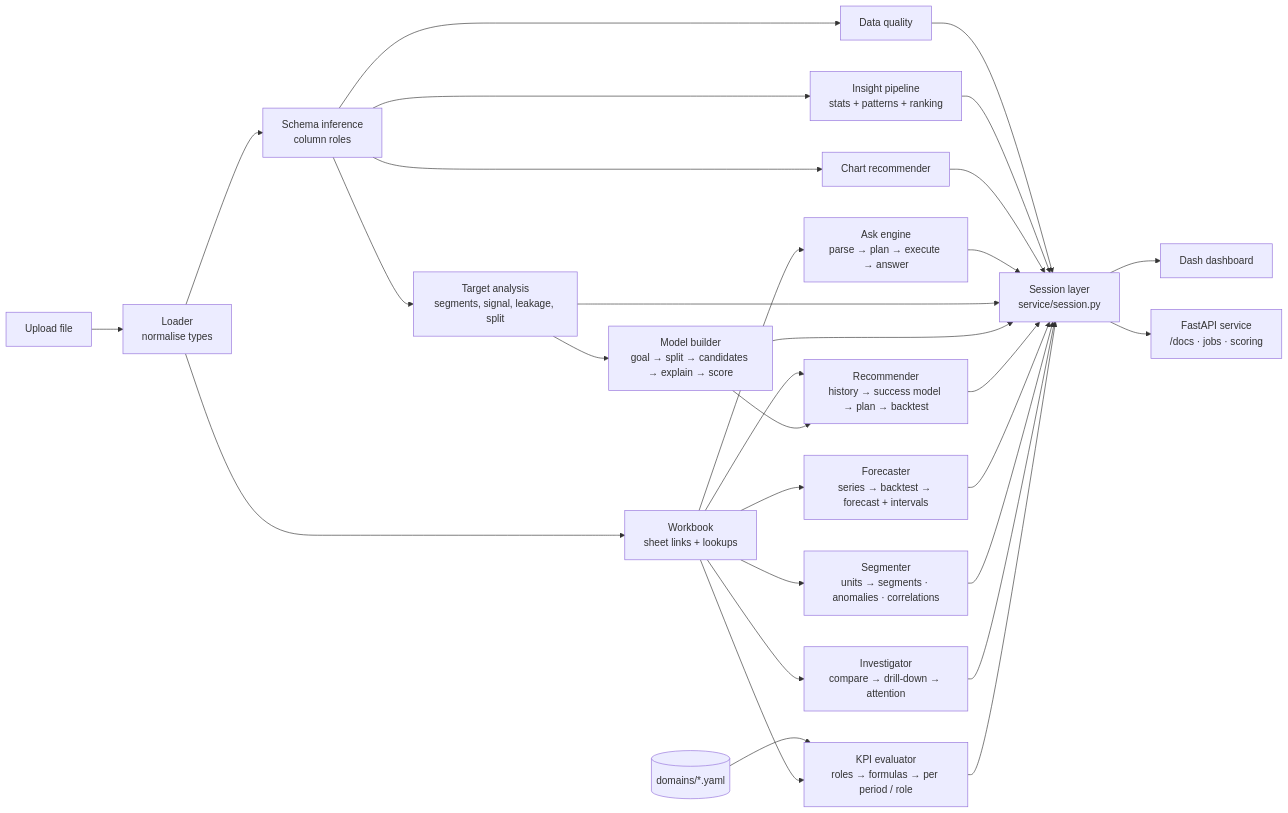
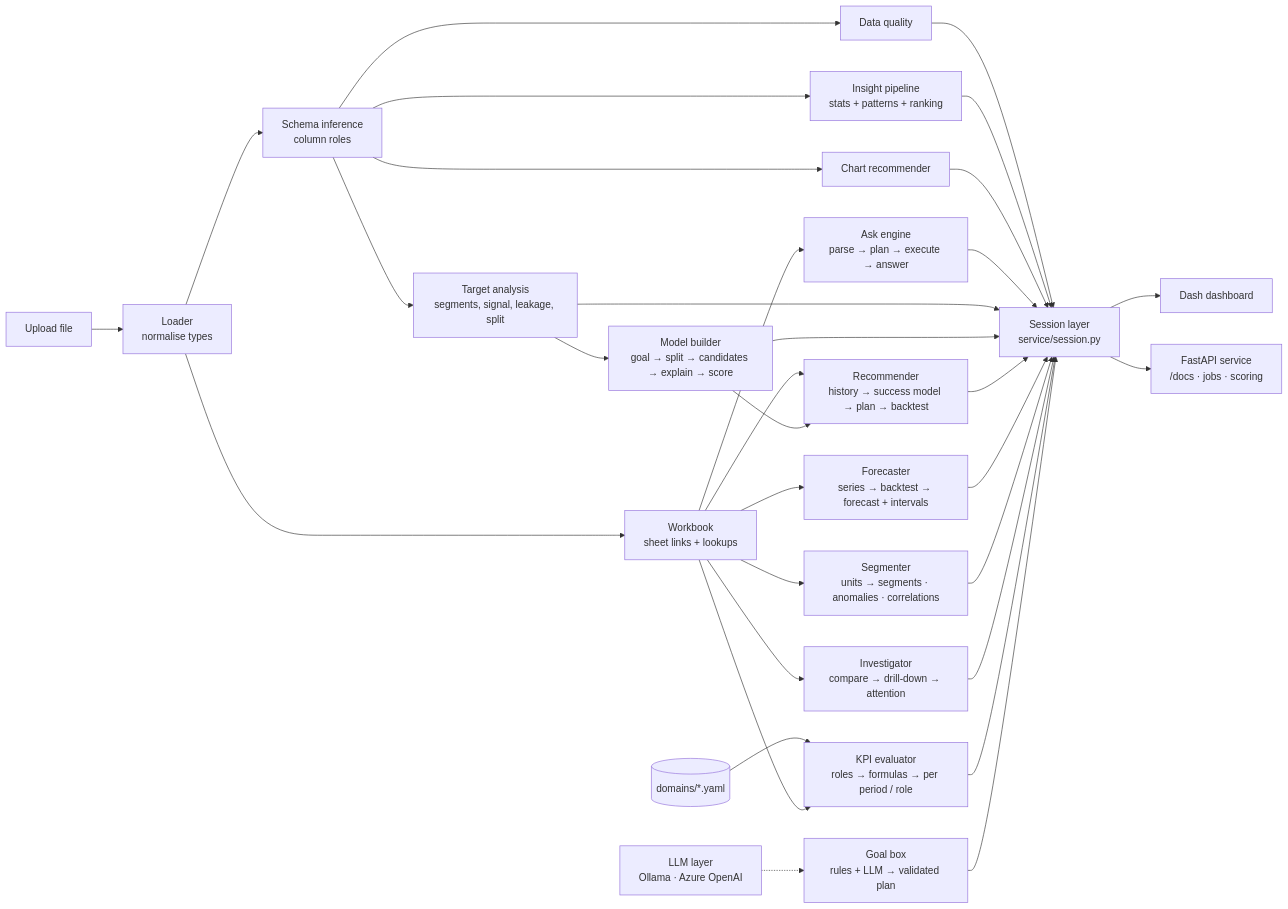
Before and after one commit to kulkarniDurvesh/ai-data-scientist-platform: the diagram in README.md, drawn with Mermaid. The commit also changed other lines of this file and 24 other files, not shown here.

First line of the commit message:
Phase 6a: LLM layer and free-text goal box

````diff
--- a/README.md
+++ b/README.md
@@ -246,22 +264,24 @@
 ```mermaid
 flowchart LR
     A[Upload file] --> B[Loader<br/>normalise types]
     B --> C[Schema inference<br/>column roles]
     C --> D[Data quality]
     C --> E[Insight pipeline<br/>stats + patterns + ranking]
     C --> F[Chart recommender]
     B --> W[Workbook<br/>sheet links + lookups]
     W --> Q[Ask engine<br/>parse → plan → execute → answer]
     C --> T[Target analysis<br/>segments, signal, leakage, split]
     T --> M[Model builder<br/>goal → split → candidates → explain → score]
     W --> R[Recommender<br/>history → success model → plan → backtest]
     M --> R
     W --> FC[Forecaster<br/>series → backtest → forecast + intervals]
     W --> SG[Segmenter<br/>units → segments · anomalies · correlations]
     W --> WY[Investigator<br/>compare → drill-down → attention]
     DF[(domains/*.yaml)] --> KP[KPI evaluator<br/>roles → formulas → per period / role]
     W --> KP
     D & E & F & Q & T & M & R & FC & SG & WY & KP --> S[Session layer<br/>service/session.py]
     S --> UI[Dash dashboard]
     S --> API[FastAPI service<br/>/docs · jobs · scoring]
+    G[Goal box<br/>rules + LLM → validated plan] --> S
+    L[LLM layer<br/>Ollama · Azure OpenAI] -.-> G
 ```
````
